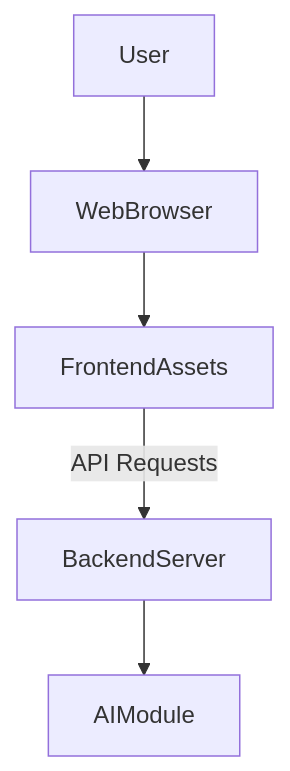
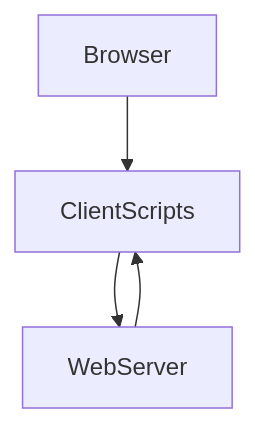
One commit to yogithasivakumar/FocusZen changed the first of 2 diagrams in README.md. Above: the diagram before and after it, drawn with Mermaid. The commit also changed other lines of this file, not shown here.

````diff
--- a/README.md
+++ b/README.md
@@ -11,7 +7,6 @@
 ```mermaid
 flowchart TD
-    User --> WebBrowser
-    WebBrowser --> FrontendAssets
-    FrontendAssets -- API Requests --> BackendServer
-    BackendServer --> AIModule
+    Browser --> ClientScripts
+    ClientScripts --> WebServer
+    WebServer --> ClientScripts
 ```
````
